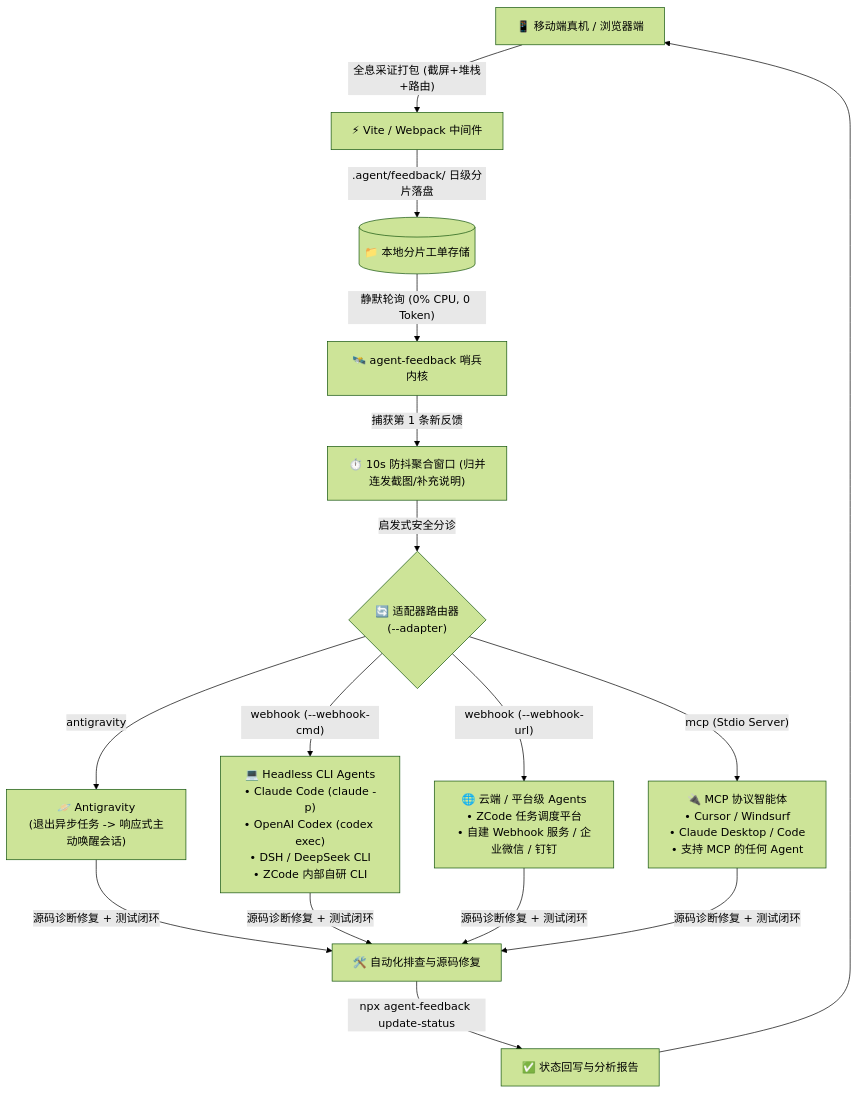
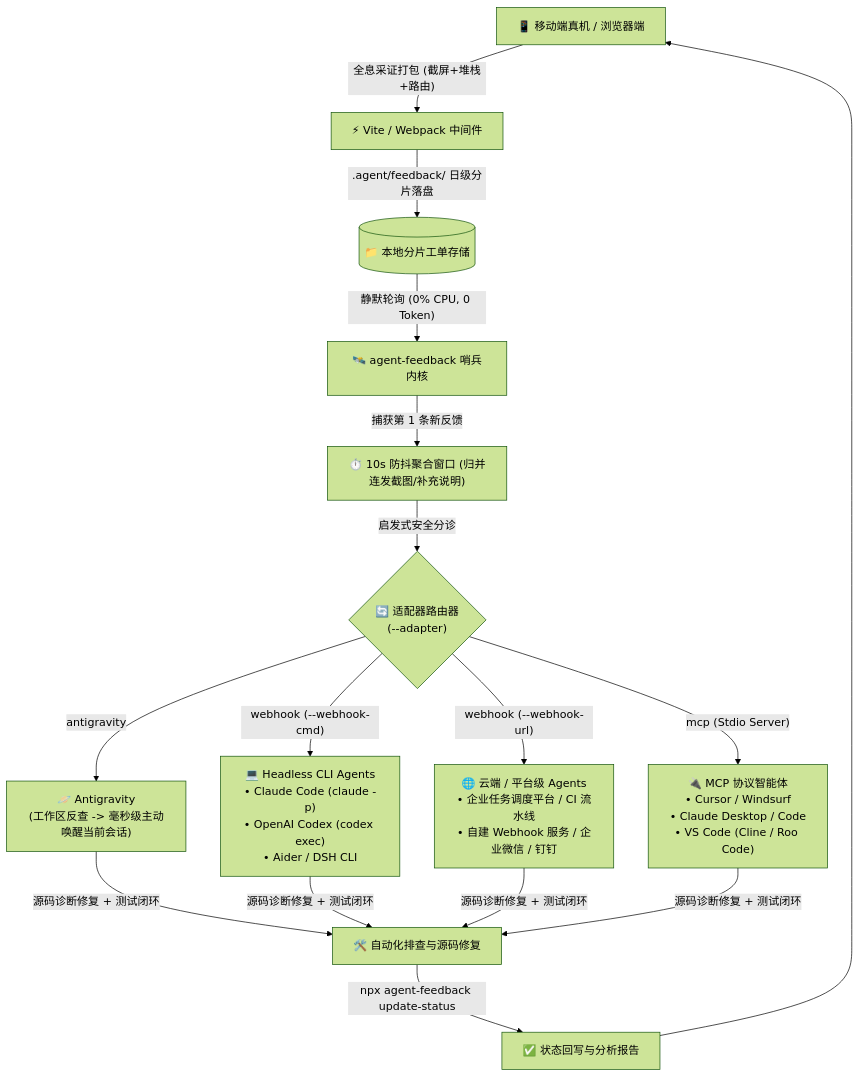
One commit to lylyuanliang/agent-feedback changed the diagram in docs/multi-agent-integration-guide.md. Above: the diagram before and after it, drawn with Mermaid (forest theme). The commit also changed other lines of this file and 2 other files, not shown here.

Commit message:
docs: 重构开源文档架构体系并落地多 Agent 配置配方库

````diff
--- a/docs/multi-agent-integration-guide.md
+++ b/docs/multi-agent-integration-guide.md
@@ -11,22 +11,22 @@
 ```mermaid
 flowchart TD
     Device["📱 移动端真机 / 浏览器端"] -->|"全息采证打包 (截屏+堆栈+路由)"| DevServer["⚡ Vite / Webpack 中间件"]
     DevServer -->|".agent/feedback/ 日级分片落盘"| Storage[("📁 本地分片工单存储")]
     Storage -->|"静默轮询 (0% CPU, 0 Token)"| Sentinel["🛰️ agent-feedback 哨兵内核"]
 
     Sentinel -->|"捕获第 1 条新反馈"| Debounce["⏱️ 10s 防抖聚合窗口 (归并连发截图/补充说明)"]
     Debounce -->|"启发式安全分诊"| Dispatcher{"🔄 适配器路由器<br>(--adapter)"}
 
-    Dispatcher -->|"antigravity"| Antigravity["🪐 Antigravity<br>(退出异步任务 -> 响应式主动唤醒会话)"]
-    Dispatcher -->|"webhook (--webhook-cmd)"| CLI_Agents["💻 Headless CLI Agents<br>• Claude Code (claude -p)<br>• OpenAI Codex (codex exec)<br>• DSH / DeepSeek CLI<br>• ZCode 内部自研 CLI"]
-    Dispatcher -->|"webhook (--webhook-url)"| Webhook_Agents["🌐 云端 / 平台级 Agents<br>• ZCode 任务调度平台<br>• 自建 Webhook 服务 / 企业微信 / 钉钉"]
-    Dispatcher -->|"mcp (Stdio Server)"| MCP_Agents["🔌 MCP 协议智能体<br>• Cursor / Windsurf<br>• Claude Desktop / Code<br>• 支持 MCP 的任何 Agent"]
+    Dispatcher -->|"antigravity"| Antigravity["🪐 Antigravity<br>(工作区反查 -> 毫秒级主动唤醒当前会话)"]
+    Dispatcher -->|"webhook (--webhook-cmd)"| CLI_Agents["💻 Headless CLI Agents<br>• Claude Code (claude -p)<br>• OpenAI Codex (codex exec)<br>• Aider / DSH CLI"]
+    Dispatcher -->|"webhook (--webhook-url)"| Webhook_Agents["🌐 云端 / 平台级 Agents<br>• 企业任务调度平台 / CI 流水线<br>• 自建 Webhook 服务 / 企业微信 / 钉钉"]
+    Dispatcher -->|"mcp (Stdio Server)"| MCP_Agents["🔌 MCP 协议智能体<br>• Cursor / Windsurf<br>• Claude Desktop / Code<br>• VS Code (Cline / Roo Code)"]
 
     Antigravity -->|"源码诊断修复 + 测试闭环"| Fix["🛠️ 自动化排查与源码修复"]
     CLI_Agents -->|"源码诊断修复 + 测试闭环"| Fix
     Webhook_Agents -->|"源码诊断修复 + 测试闭环"| Fix
     MCP_Agents -->|"源码诊断修复 + 测试闭环"| Fix
 
     Fix -->|"npx agent-feedback update-status"| Callback["✅ 状态回写与分析报告"]
     Callback --> Device
 ```
````
